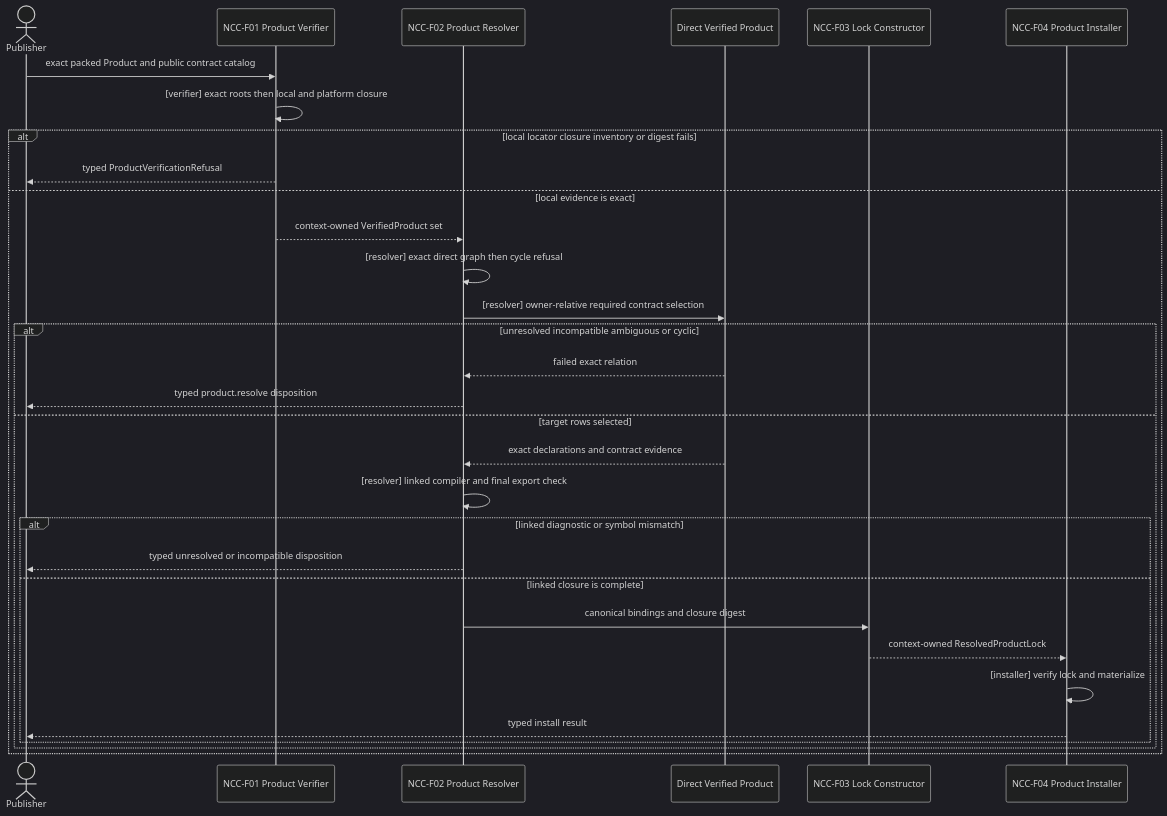
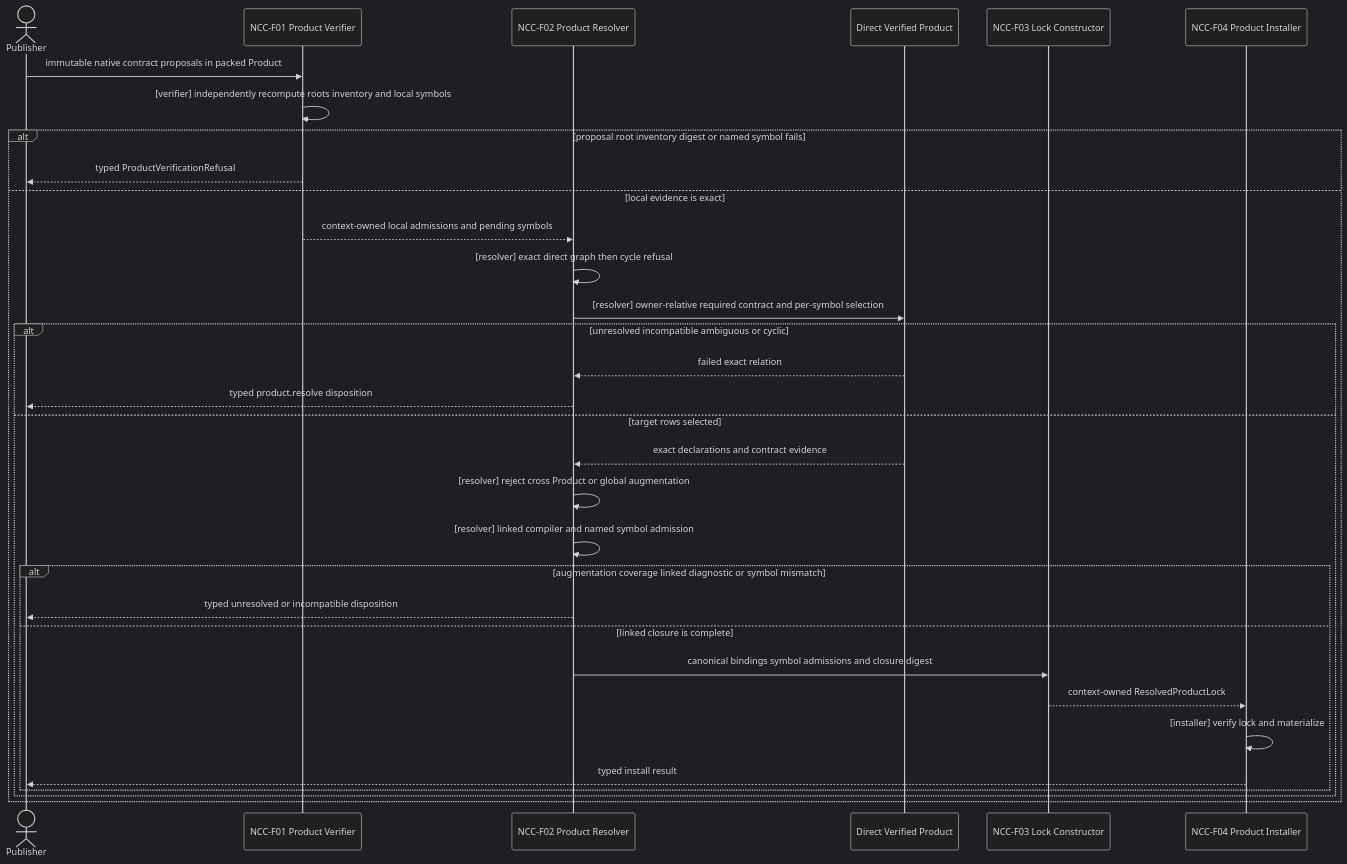
The second of 3 diagrams in build_tenants/abiogenesis/typescript/design/M05_S06_NATIVE_CONTRACT_CLOSURE_DESIGN.md (foolishimp/abiogenesis), drawn with Mermaid (dark theme) before and after one commit. The commit also changed other lines of this file and 6 other files, not shown here.

Commit message:
design(s06): close native contract authority

````diff
--- a/build_tenants/abiogenesis/typescript/design/M05_S06_NATIVE_CONTRACT_CLOSURE_DESIGN.md
+++ b/build_tenants/abiogenesis/typescript/design/M05_S06_NATIVE_CONTRACT_CLOSURE_DESIGN.md
@@ -499,34 +564,35 @@
 ```mermaid
 sequenceDiagram
   actor Publisher
   participant F01 as NCC-F01 Product Verifier
   participant F02 as NCC-F02 Product Resolver
   participant Target as Direct Verified Product
   participant F03 as NCC-F03 Lock Constructor
   participant F04 as NCC-F04 Product Installer
 
-  Publisher->>F01: exact packed Product and public contract catalog
-  F01->>F01: [verifier] exact roots then local and platform closure
-  alt local locator closure inventory or digest fails
+  Publisher->>F01: immutable native contract proposals in packed Product
+  F01->>F01: [verifier] independently recompute roots inventory and local symbols
+  alt proposal root inventory digest or named symbol fails
     F01-->>Publisher: typed ProductVerificationRefusal
   else local evidence is exact
-    F01-->>F02: context-owned VerifiedProduct set
+    F01-->>F02: context-owned local admissions and pending symbols
     F02->>F02: [resolver] exact direct graph then cycle refusal
-    F02->>Target: [resolver] owner-relative required contract selection
+    F02->>Target: [resolver] owner-relative required contract and per-symbol selection
     alt unresolved incompatible ambiguous or cyclic
       Target-->>F02: failed exact relation
       F02-->>Publisher: typed product.resolve disposition
     else target rows selected
       Target-->>F02: exact declarations and contract evidence
-      F02->>F02: [resolver] linked compiler and final export check
-      alt linked diagnostic or symbol mismatch
+      F02->>F02: [resolver] reject cross Product or global augmentation
+      F02->>F02: [resolver] linked compiler and named symbol admission
+      alt augmentation coverage linked diagnostic or symbol mismatch
         F02-->>Publisher: typed unresolved or incompatible disposition
       else linked closure is complete
-        F02->>F03: canonical bindings and closure digest
+        F02->>F03: canonical bindings symbol admissions and closure digest
         F03-->>F04: context-owned ResolvedProductLock
         F04->>F04: [installer] verify lock and materialize
         F04-->>Publisher: typed install result
       end
     end
   end
 ```
````
